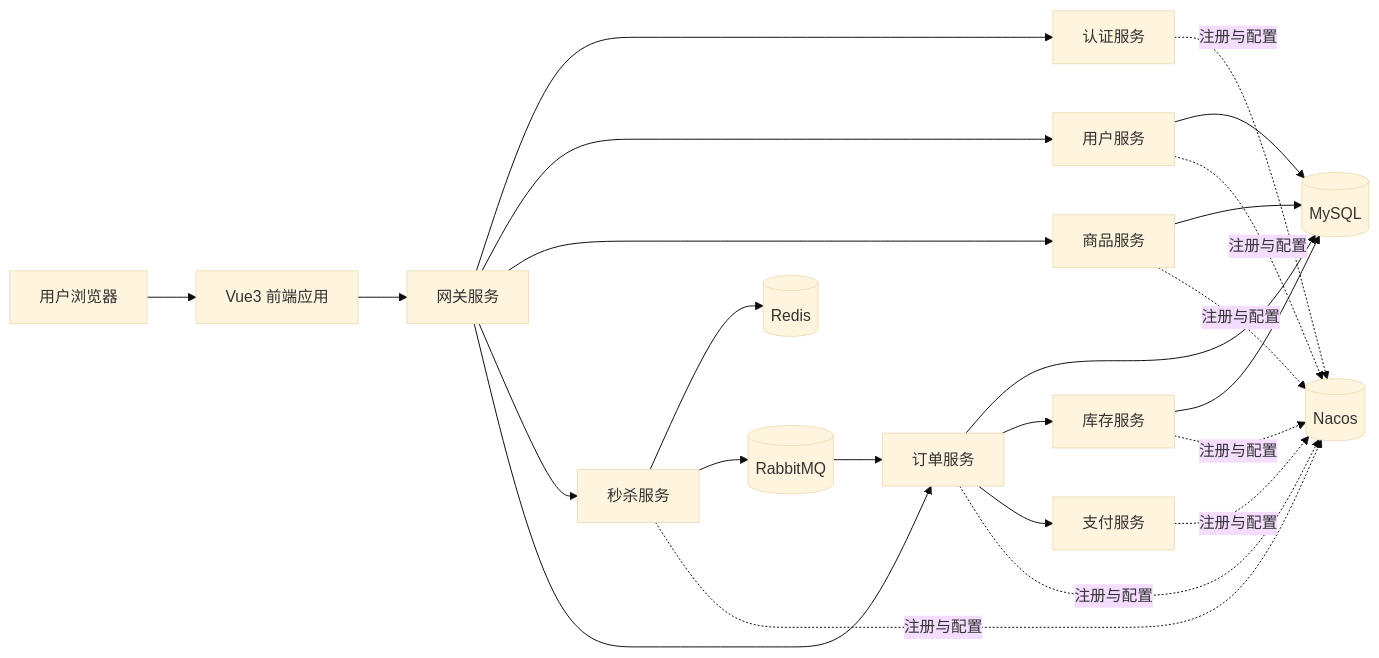
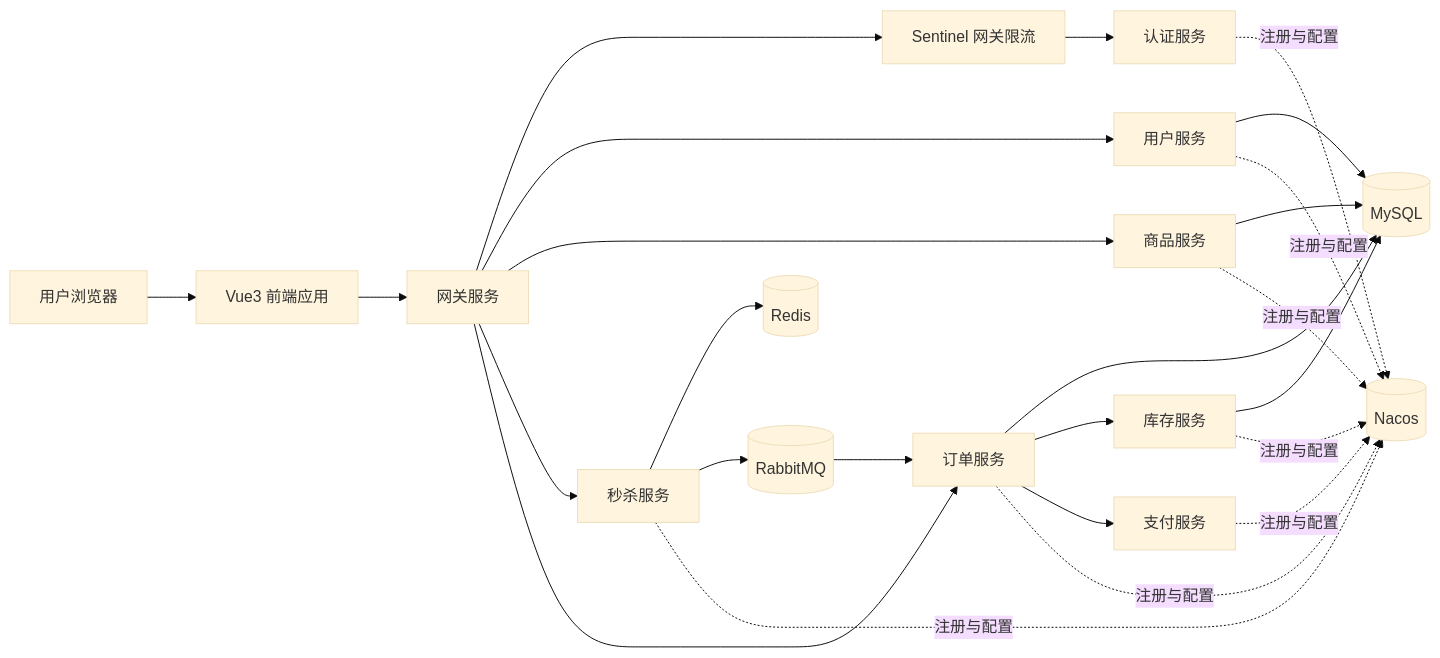
The first of 2 diagrams in docs/架构设计文档.md (Tangyd893/SnapShop), drawn with Mermaid (base theme) before and after one commit. The commit also changed other lines of this file and 12 other files, not shown here.

````diff
--- a/docs/架构设计文档.md
+++ b/docs/架构设计文档.md
@@ -127,30 +128,31 @@
 ```mermaid
 flowchart LR
     用户[用户浏览器] --> 前端[Vue3 前端应用]
     前端 --> 网关[网关服务]
+    网关 --> SentinelGW[Sentinel 网关限流]
 
-    网关 --> 认证[认证服务]
+    SentinelGW --> 认证[认证服务]
     网关 --> 用户服务[用户服务]
     网关 --> 商品[商品服务]
     网关 --> 秒杀[秒杀服务]
     网关 --> 订单[订单服务]
 
     秒杀 --> 缓存[(Redis)]
     商品 --> 数据库[(MySQL)]
     用户服务 --> 数据库
     订单 --> 数据库
     库存[库存服务] --> 数据库
 
     秒杀 --> 队列[(RabbitMQ)]
     队列 --> 订单
     订单 --> 库存
     订单 --> 支付[支付服务]
 
     认证 -.注册与配置.-> 注册中心[(Nacos)]
     用户服务 -.注册与配置.-> 注册中心
     商品 -.注册与配置.-> 注册中心
     秒杀 -.注册与配置.-> 注册中心
     订单 -.注册与配置.-> 注册中心
     库存 -.注册与配置.-> 注册中心
     支付 -.注册与配置.-> 注册中心
 ```
````
